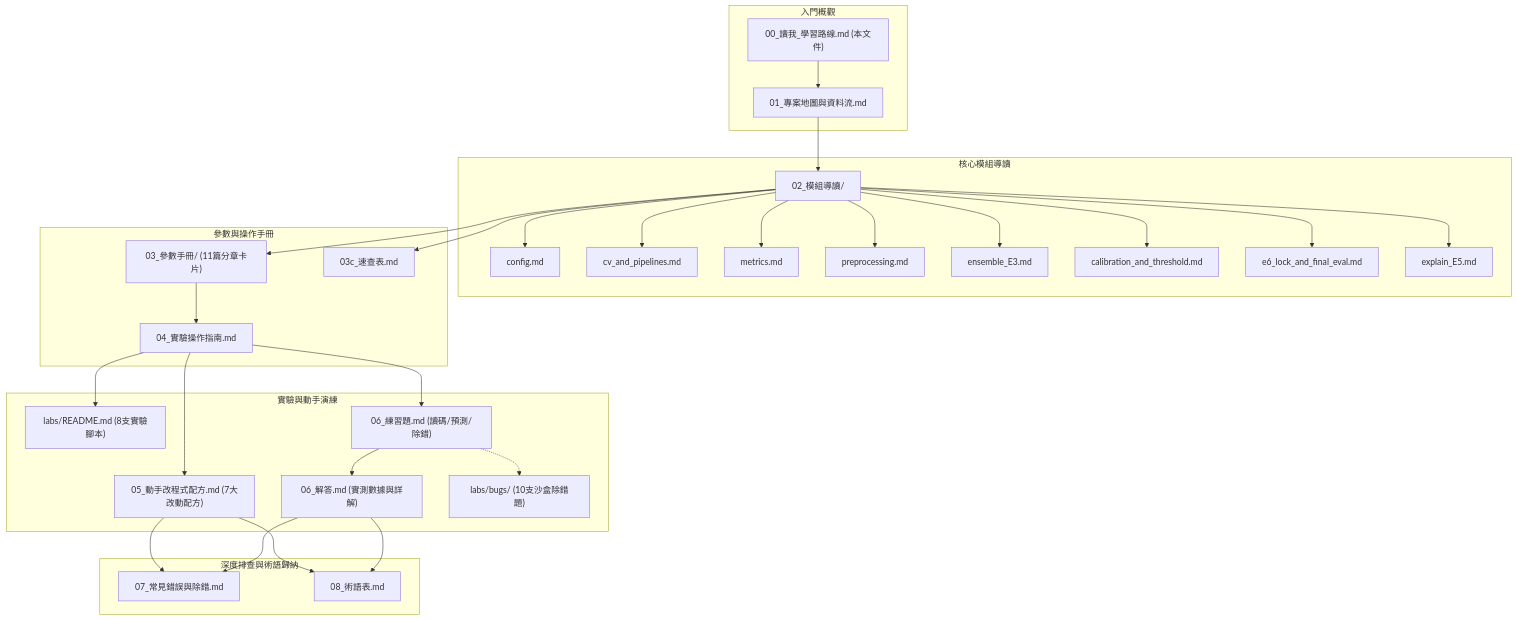
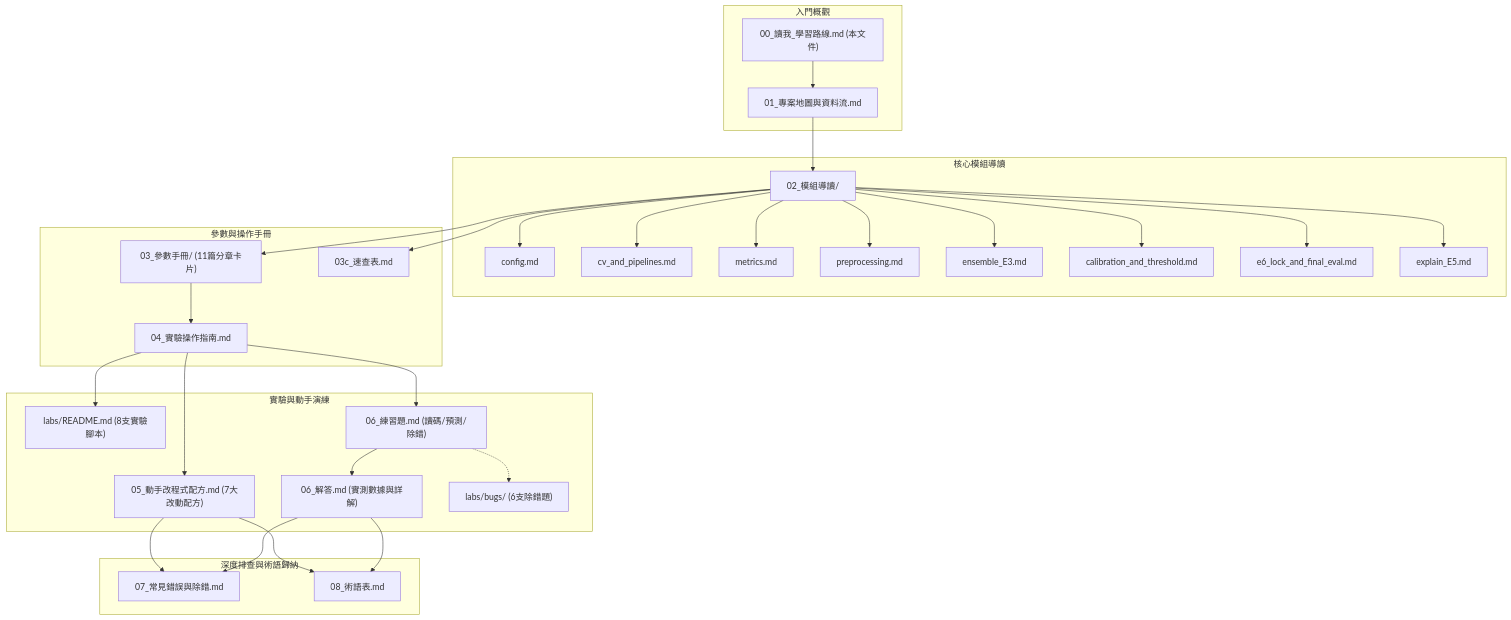
The second of 2 diagrams in docs/code_learning/00_讀我_學習路線.md (MooreCheng-code/test), drawn with Mermaid before and after one commit. The commit also changed 26 other files, not shown here.

````diff
--- a/docs/code_learning/00_讀我_學習路線.md
+++ b/docs/code_learning/00_讀我_學習路線.md
@@ -201,47 +201,47 @@
 ```mermaid
 graph TD
     subgraph 入門概觀
         F00["00_讀我_學習路線.md (本文件)"]
         F01["01_專案地圖與資料流.md"]
         F00 --> F01
     end
 
     subgraph 核心模組導讀
         F02["02_模組導讀/"]
         F01 --> F02
         M_CFG["config.md"]
         M_CV["cv_and_pipelines.md"]
         M_MET["metrics.md"]
         M_PRE["preprocessing.md"]
         M_ENS["ensemble_E3.md"]
         M_CAL["calibration_and_threshold.md"]
         M_E6["e6_lock_and_final_eval.md"]
         M_EXP["explain_E5.md"]
         F02 --> M_CFG & M_CV & M_MET & M_PRE & M_ENS & M_CAL & M_E6 & M_EXP
     end
 
     subgraph 參數與操作手冊
         F03["03_參數手冊/ (11篇分章卡片)"]
         F03C["03c_速查表.md"]
         F04["04_實驗操作指南.md"]
         F02 --> F03 & F03C
         F03 --> F04
     end
 
     subgraph 實驗與動手演練
         LABS["labs/README.md (8支實驗腳本)"]
         F05["05_動手改程式配方.md (7大改動配方)"]
         F06_Q["06_練習題.md (讀碼/預測/除錯)"]
         F06_A["06_解答.md (實測數據與詳解)"]
-        BUGS["labs/bugs/ (10支沙盒除錯題)"]
+        BUGS["labs/bugs/ (6支除錯題)"]
         F04 --> LABS & F05 & F06_Q
         F06_Q -.-> BUGS
         F06_Q --> F06_A
     end
 
     subgraph 深度排查與術語歸納
         F07["07_常見錯誤與除錯.md"]
         F08["08_術語表.md"]
         F05 & F06_A --> F07 & F08
     end
 ```
````
